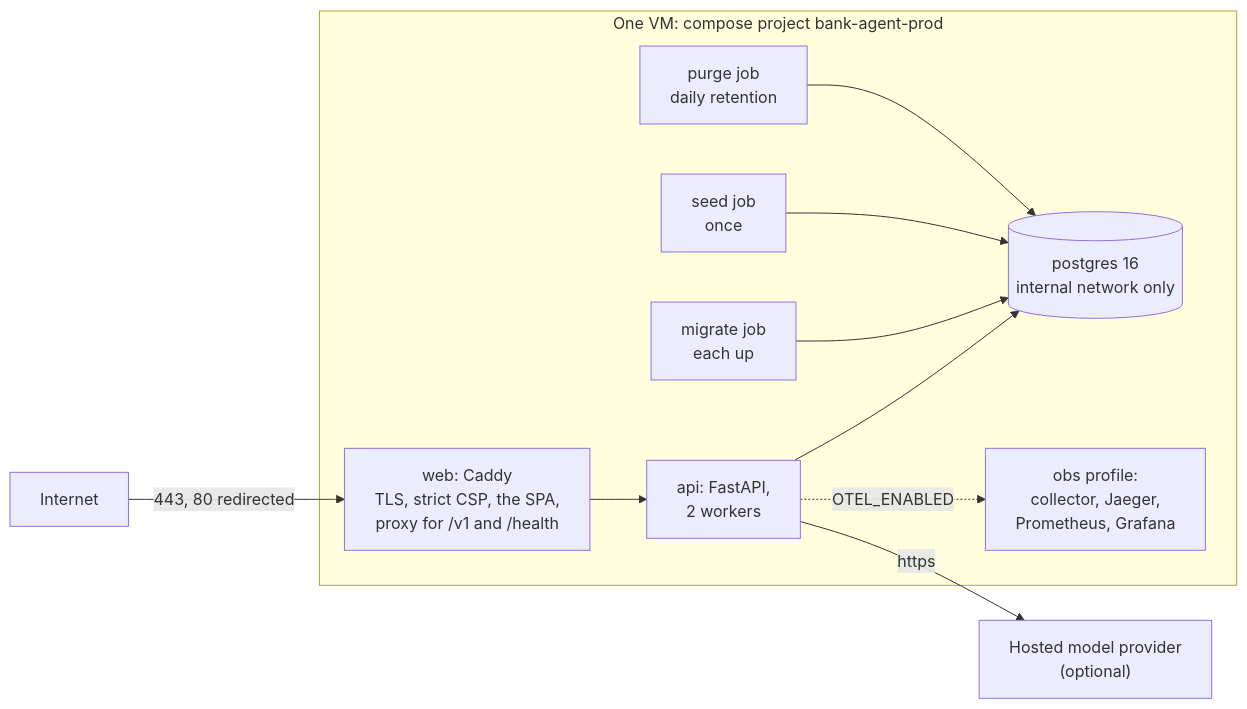
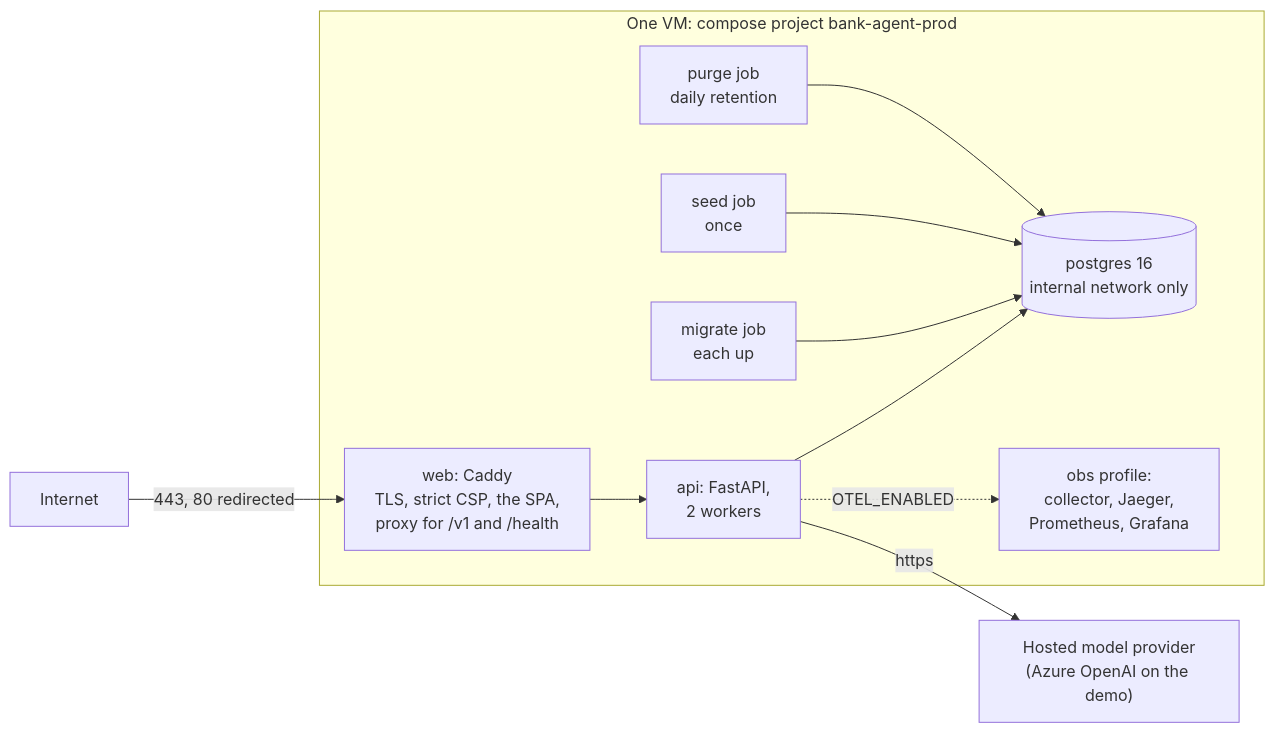
Diagram 13 of 15 in docs/HOW-IT-WORKS.md (Youngermaster/factored-hackathon-2026-la-brasil-del-70), drawn with Mermaid before and after one commit. The commit also changed other lines of this file and 8 other files, not shown here.

````diff
--- a/docs/HOW-IT-WORKS.md
+++ b/docs/HOW-IT-WORKS.md
@@ -535,13 +535,13 @@
 ```mermaid
 flowchart LR
     internet["Internet"] -- "443, 80 redirected" --> web
     subgraph vm["One VM: compose project bank-agent-prod"]
         web["web: Caddy<br/>TLS, strict CSP, the SPA,<br/>proxy for /v1 and /health"] --> api["api: FastAPI,<br/>2 workers"]
         api --> pg[("postgres 16<br/>internal network only")]
         migrate["migrate job<br/>each up"] --> pg
         seed["seed job<br/>once"] --> pg
         purge["purge job<br/>daily retention"] --> pg
         api -. "OTEL_ENABLED" .-> obs["obs profile:<br/>collector, Jaeger,<br/>Prometheus, Grafana"]
     end
-    api -- "https" --> provider["Hosted model provider<br/>(optional)"]
+    api -- "https" --> provider["Hosted model provider<br/>(Azure OpenAI on the demo)"]
 ```
````
